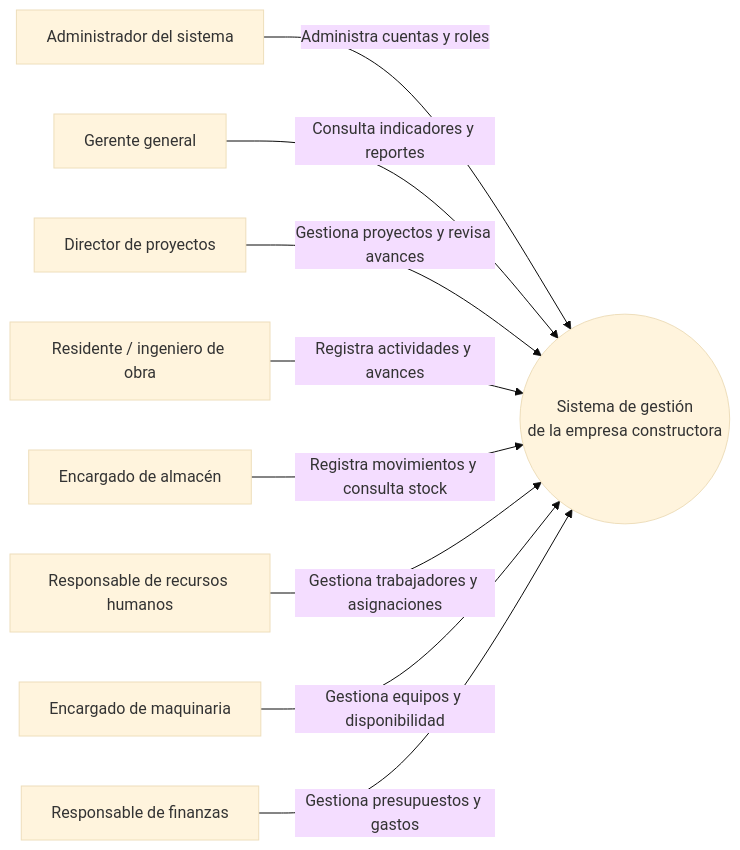
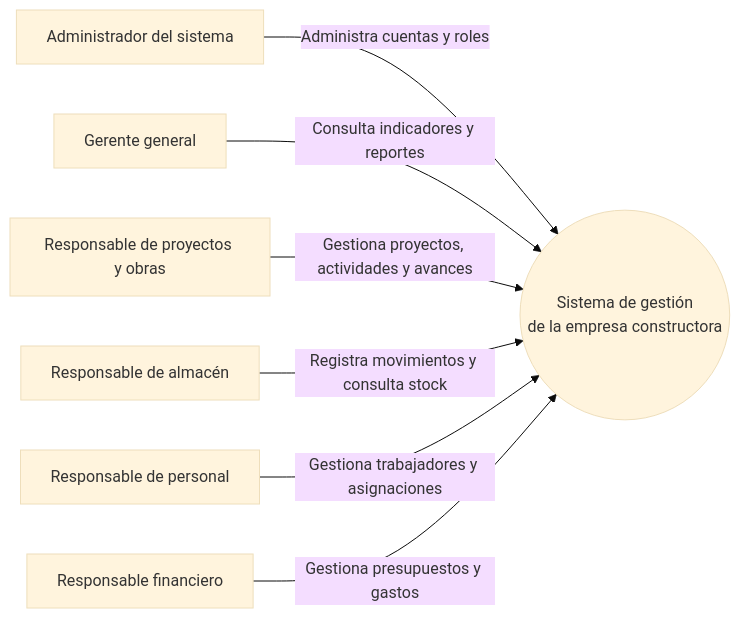
The diagram in img/fuentes/nivel1-contexto.mmd (dostinarroyo/Constructora-arquitSoft-02-Dostin_Arroyo), drawn with Mermaid (base theme) before and after one commit. The commit also changed 2 other files, not shown here.

```diff
--- a/img/fuentes/nivel1-contexto.mmd
+++ b/img/fuentes/nivel1-contexto.mmd
@@ -1,20 +1,16 @@
 flowchart LR
     admin["Administrador del sistema"]
     gerencia["Gerente general"]
-    direccion["Director de proyectos"]
-    obra["Residente / ingeniero de obra"]
-    almacen["Encargado de almacén"]
-    rrhh["Responsable de recursos humanos"]
-    maquinaria["Encargado de maquinaria"]
-    finanzas["Responsable de finanzas"]
+    proyectos["Responsable de proyectos y obras"]
+    almacen["Responsable de almacén"]
+    personal["Responsable de personal"]
+    finanzas["Responsable financiero"]
 
     sistema(("Sistema de gestión<br/>de la empresa constructora"))
 
     admin -->|"Administra cuentas y roles"| sistema
     gerencia -->|"Consulta indicadores y reportes"| sistema
-    direccion -->|"Gestiona proyectos y revisa avances"| sistema
-    obra -->|"Registra actividades y avances"| sistema
+    proyectos -->|"Gestiona proyectos, actividades y avances"| sistema
     almacen -->|"Registra movimientos y consulta stock"| sistema
-    rrhh -->|"Gestiona trabajadores y asignaciones"| sistema
-    maquinaria -->|"Gestiona equipos y disponibilidad"| sistema
+    personal -->|"Gestiona trabajadores y asignaciones"| sistema
     finanzas -->|"Gestiona presupuestos y gastos"| sistema
```
